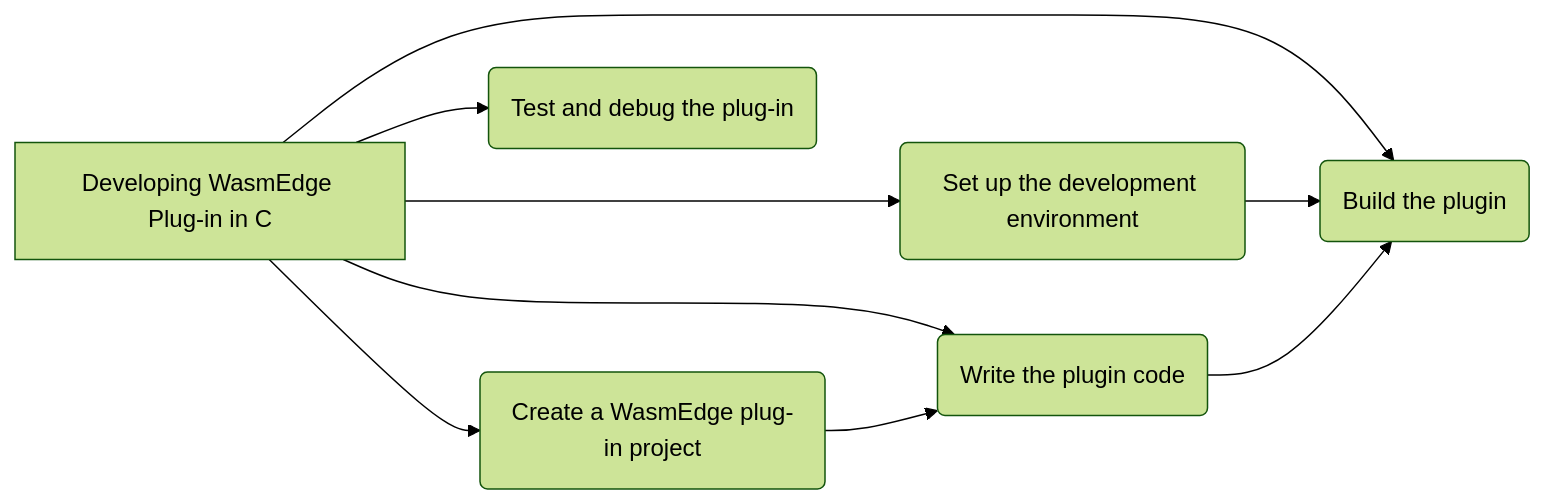
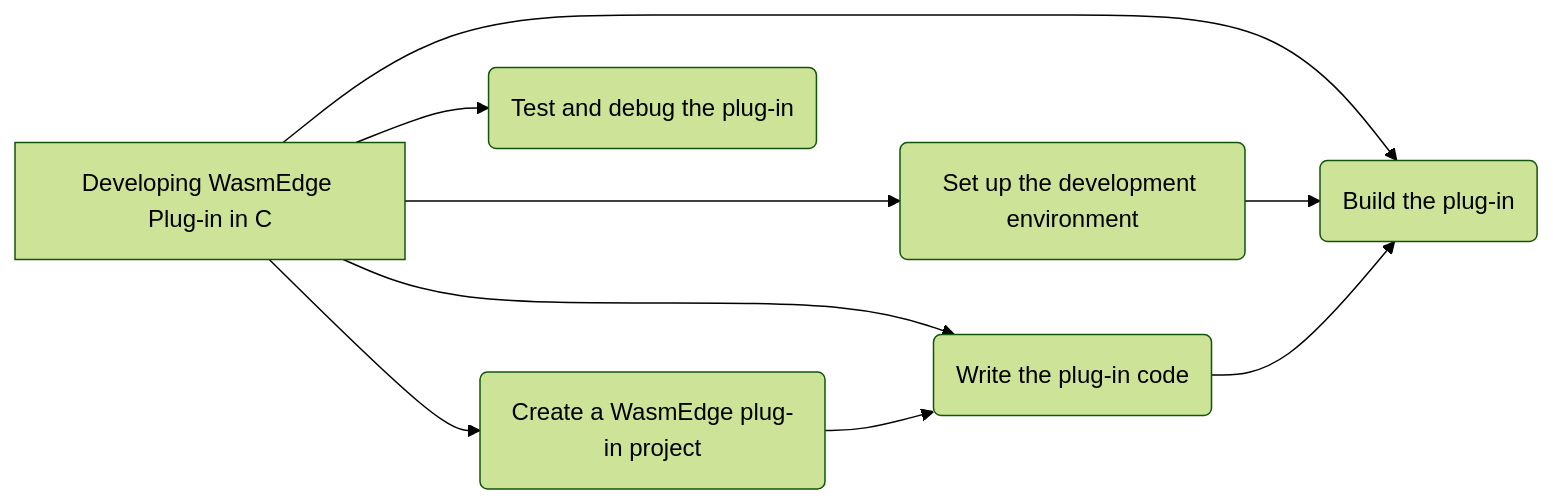
The diagram in docs/contribute/plugin/develop_plugin_c.md (WasmEdge/docs), drawn with Mermaid (forest theme) before and after one commit. The commit also changed other lines of this file and 9 other files, not shown here.

````diff
--- a/docs/contribute/plugin/develop_plugin_c.md
+++ b/docs/contribute/plugin/develop_plugin_c.md
@@ -9,12 +9,12 @@
 ```mermaid
 graph LR;
 A[Developing WasmEdge Plug-in in C]
 A --> B(Set up the development environment)
 A --> C(Create a WasmEdge plug-in project)
-A --> D(Write the plugin code)
-A --> E(Build the plugin)
+A --> D(Write the plug-in code)
+A --> E(Build the plug-in)
 A --> F(Test and debug the plug-in)
 B --> E
 C --> D
 D --> E
 ```
````
